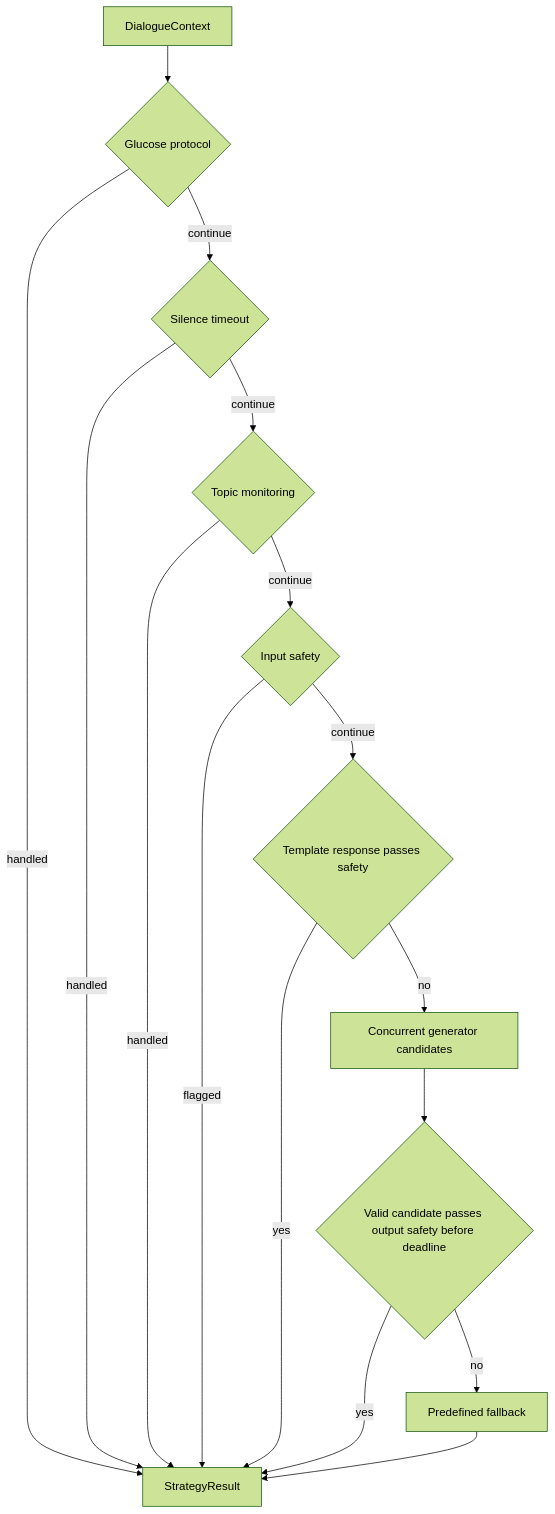
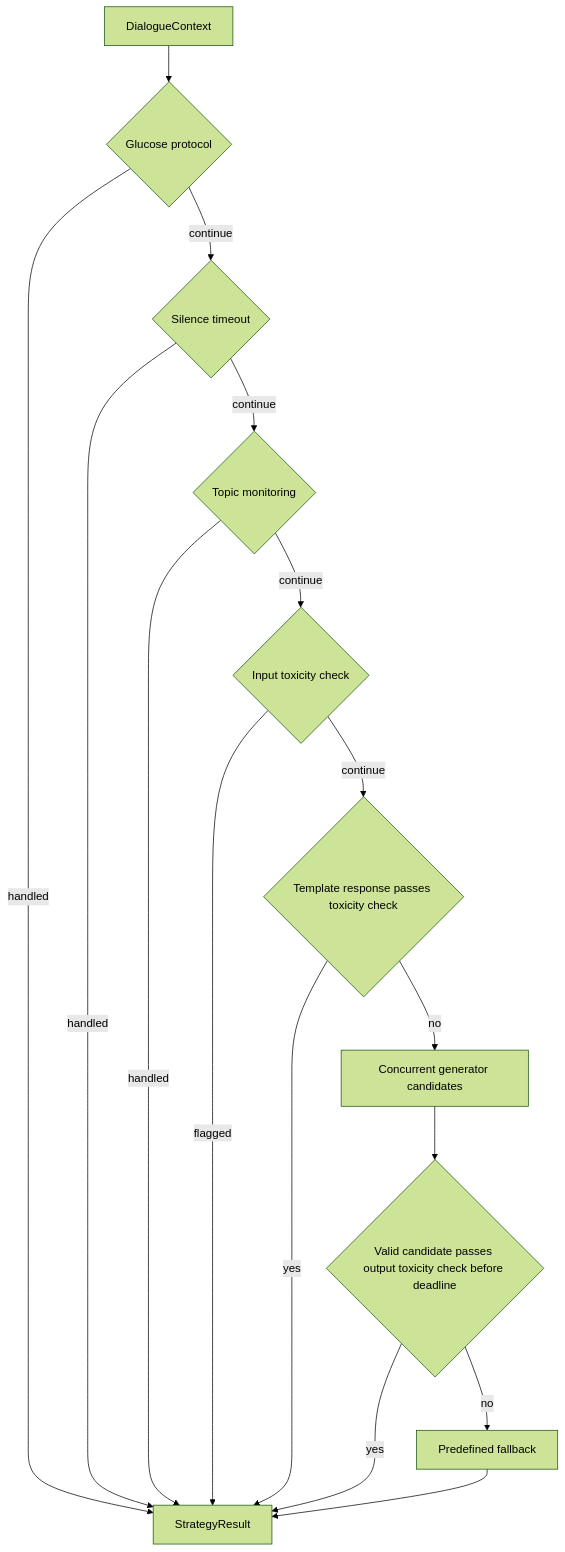
Before and after one commit to Mario-RC/affective-dialogue-system: the diagram in README.md, drawn with Mermaid (forest theme). The commit also changed other lines of this file and 32 other files, not shown here.

Commit message:
refactor: rename safety module to toxicity

````diff
--- a/README.md
+++ b/README.md
@@ -151,18 +151,18 @@
 ```mermaid
 flowchart TD
     A[DialogueContext] --> B{Glucose protocol}
     B -->|handled| R[StrategyResult]
     B -->|continue| C{Silence timeout}
     C -->|handled| R
     C -->|continue| D{Topic monitoring}
     D -->|handled| R
-    D -->|continue| E{Input safety}
+    D -->|continue| E{Input toxicity check}
     E -->|flagged| R
-    E -->|continue| F{Template response passes safety}
+    E -->|continue| F{Template response passes toxicity check}
     F -->|yes| R
     F -->|no| G[Concurrent generator candidates]
-    G --> H{Valid candidate passes output safety before deadline}
+    G --> H{Valid candidate passes output toxicity check before deadline}
     H -->|yes| R
     H -->|no| I[Predefined fallback]
     I --> R
 ```
````
